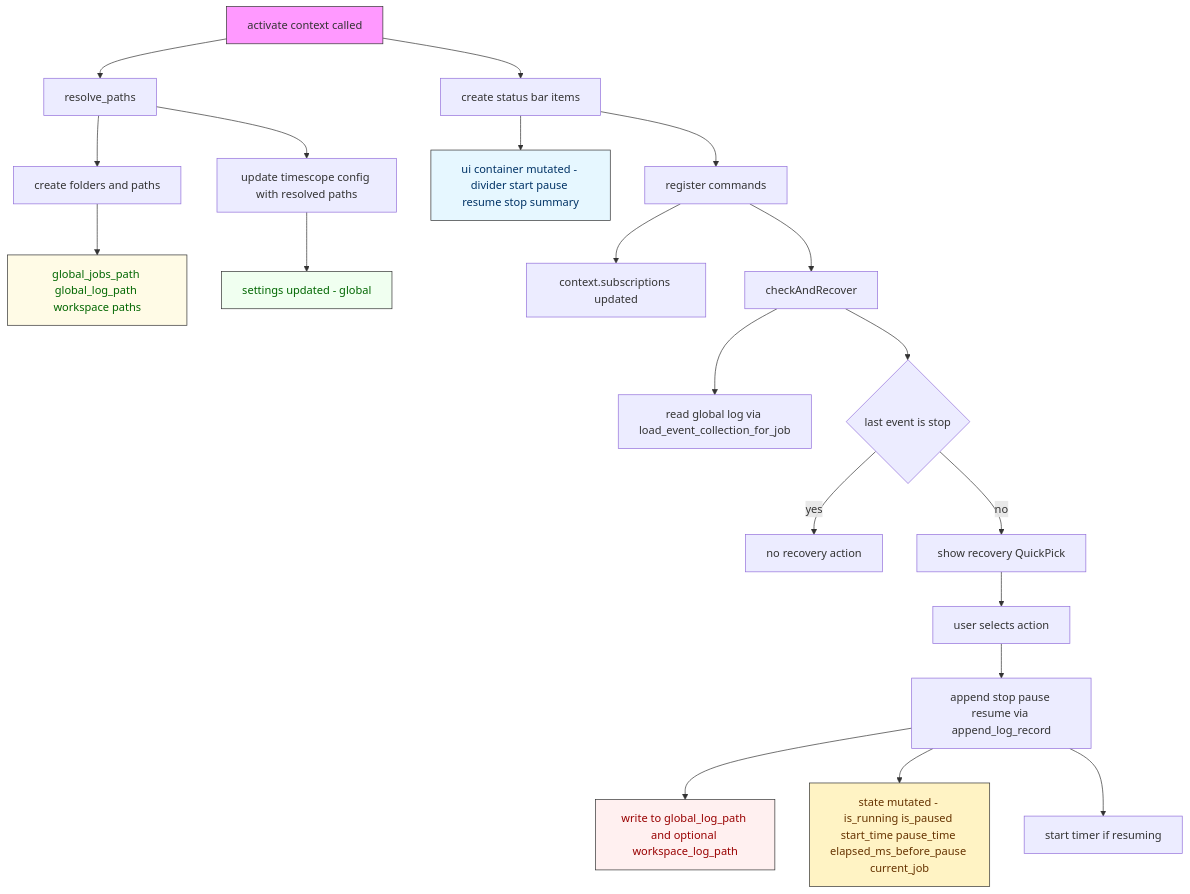
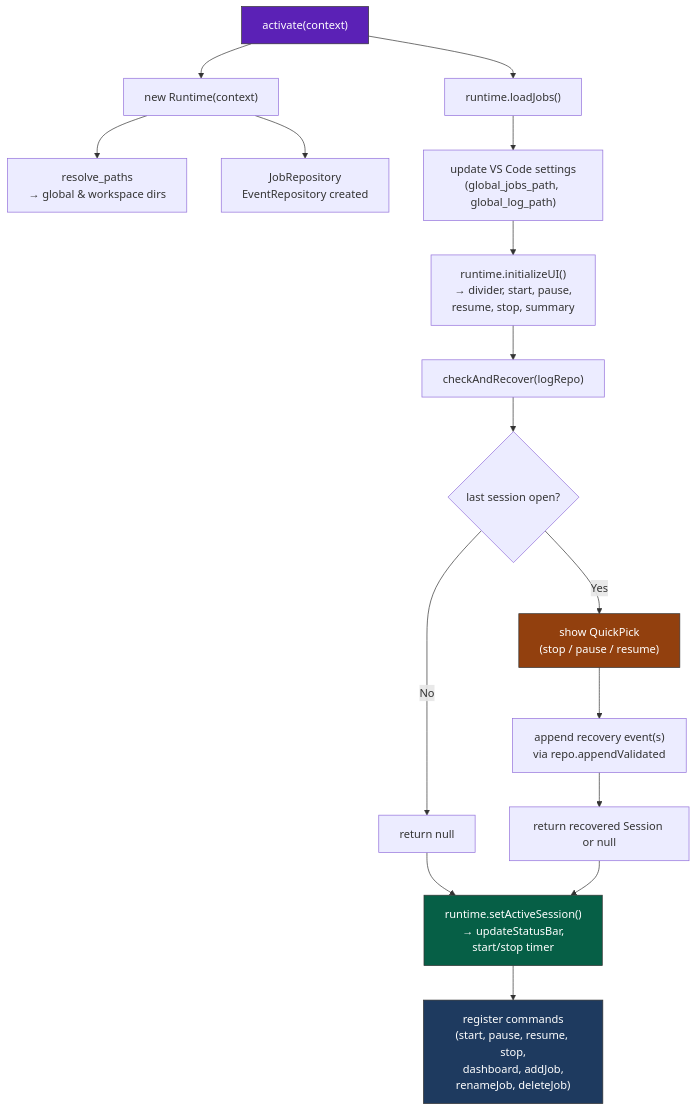
The first of 8 diagrams in docs/processes.md (Heliman84/timescope), drawn with Mermaid before and after one commit. The commit also changed other lines of this file and 9 other files, not shown here.

Commit message:
#9 Handle vscode shutdown while job is runningFixes #9 updated documentation and implemented recovery time at vscode shutdown - ready for pr

````diff
--- a/docs/processes.md
+++ b/docs/processes.md
@@ -16,28 +12,24 @@
 ```mermaid
-graph TD
-  A[activate context called] --> B[resolve_paths]
-  B --> P[create folders and paths]
-  B --> CFG[update timescope config with resolved paths]
-  A --> C[create status bar items]
-  C --> UI[ui container mutated - divider start pause resume stop summary]
-  C --> E[register commands]
-  E --> SUBS[context.subscriptions updated]
-  E --> F[checkAndRecover]
-  F --> L[read global log via load_event_collection_for_job]
-  F --> D{last event is stop}
-  D -- yes --> NOACTION[no recovery action]
-  D -- no --> PROMPT[show recovery QuickPick]
-  PROMPT --> CHOICE[user selects action]
-  CHOICE --> APPEND[append stop pause resume via append_log_record]
-  APPEND --> LOG[write to global_log_path and optional workspace_log_path]
-  APPEND --> STATE[state mutated - is_running is_paused start_time pause_time elapsed_ms_before_pause current_job]
-  APPEND --> TIMER[start timer if resuming]
-  P --> PATHS[global_jobs_path global_log_path workspace paths]
-  CFG --> SETTINGS[settings updated - global]
-  style A fill:#ff99ff,stroke:#333,stroke-width:1px
-  style UI fill:#e6f7ff,stroke:#333,stroke-width:1px,color:#003366
-  style STATE fill:#fff3c4,stroke:#333,stroke-width:1px,color:#663300
-  style PATHS fill:#fffbe6,stroke:#333,stroke-width:1px,color:#006600
-  style SETTINGS fill:#f0fff0,stroke:#333,stroke-width:1px,color:#006600
-  style LOG fill:#fff0f0,stroke:#333,stroke-width:1px,color:#990000
+flowchart TD
+    A["activate(context)"] --> B["new Runtime(context)"]
+    B --> B1["resolve_paths<br>→ global & workspace dirs"]
+    B --> B2["JobRepository<br>EventRepository created"]
+    A --> C["runtime.loadJobs()"]
+    C --> D["update VS Code settings<br>(global_jobs_path, global_log_path)"]
+    D --> E["runtime.initializeUI()<br>→ divider, start, pause,<br>resume, stop, summary"]
+    E --> F["checkAndRecover(logRepo)"]
+    F --> F1{"last session open?"}
+    F1 -- No --> F2["return null"]
+    F1 -- Yes --> F3["show QuickPick<br>(stop / pause / resume)"]
+    F3 --> F4["append recovery event(s)<br>via repo.appendValidated"]
+    F4 --> F5["return recovered Session or null"]
+    F2 --> G
+    F5 --> G
+    G["runtime.setActiveSession()<br>→ updateStatusBar,<br>start/stop timer"]
+    G --> H["register commands<br>(start, pause, resume, stop,<br>dashboard, addJob,<br>renameJob, deleteJob)"]
+
+    style A fill:#5b21b6,stroke:#333,color:#fff
+    style F3 fill:#92400e,stroke:#333,color:#fff
+    style G fill:#065f46,stroke:#333,color:#fff
+    style H fill:#1e3a5f,stroke:#333,color:#fff
 ```
````
